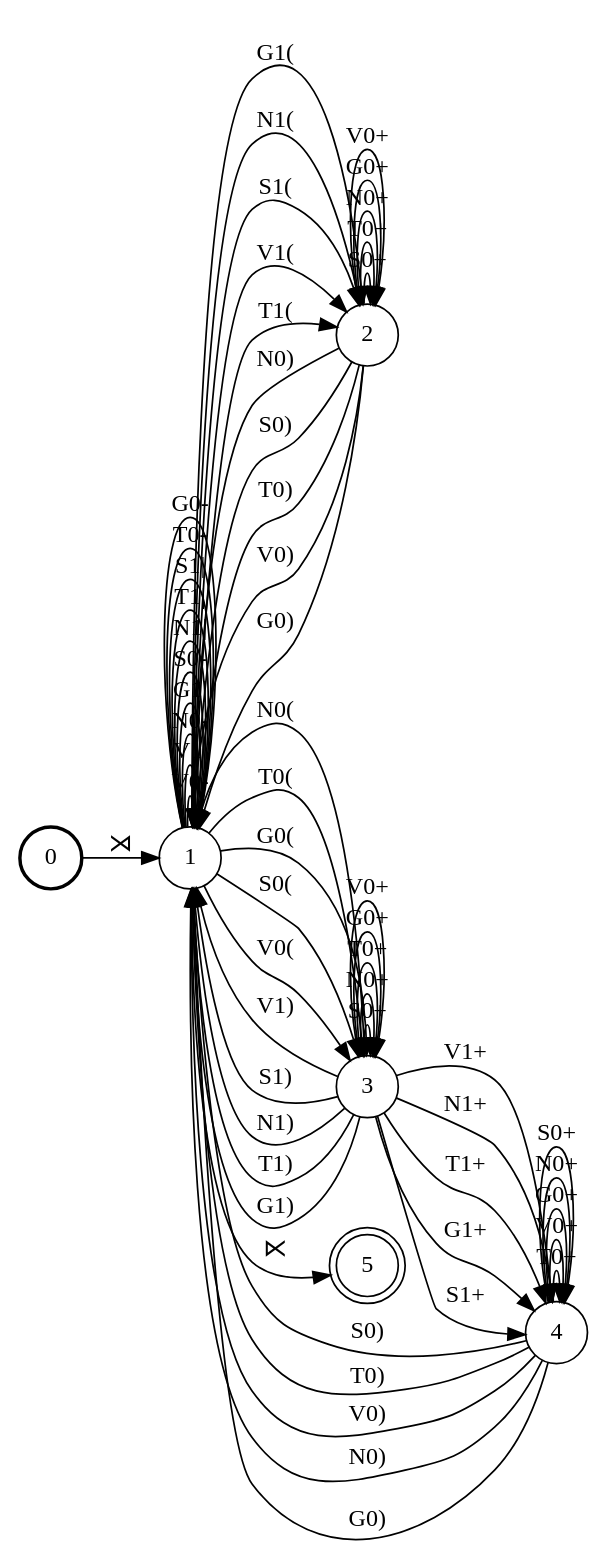
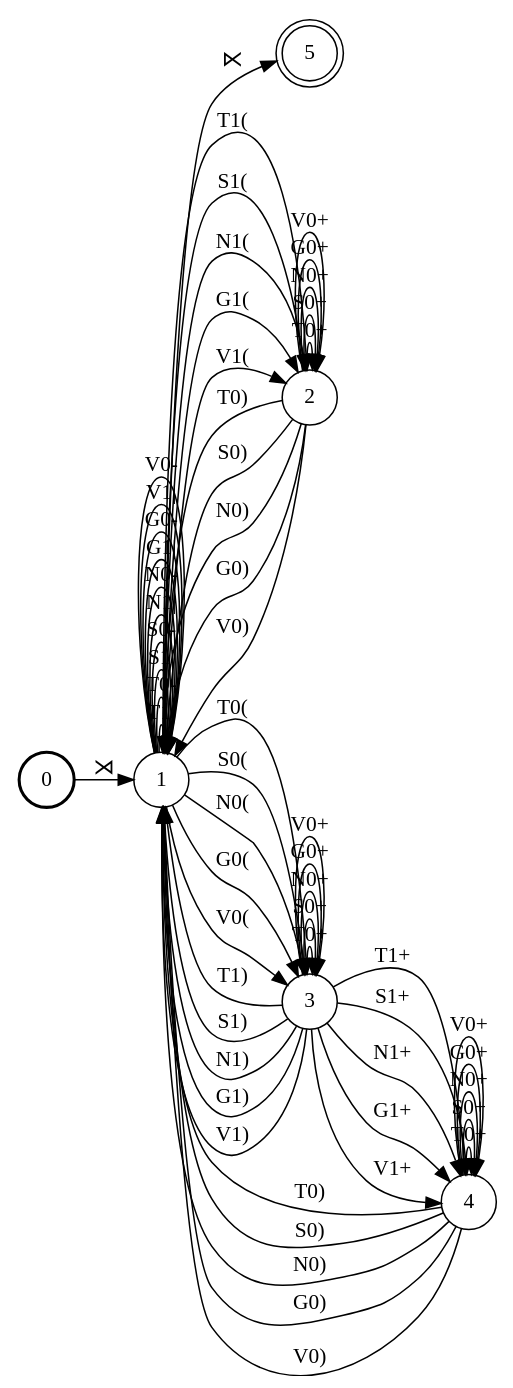
The diagram in demo/nasal_spreading/Span_nasal.dot (colincwilson/statgram), drawn with Graphviz before and after one commit. The commit also changed 8 other files, not shown here.

```diff
--- a/demo/nasal_spreading/Span_nasal.dot
+++ b/demo/nasal_spreading/Span_nasal.dot
@@ -1,66 +1,71 @@
-digraph G {
-rankdir=LR;
-0 [style=bold, shape=circle, label="0"]
-1 [style=solid, shape=circle, label="1"]
-2 [style=solid, shape=circle, label="2"]
-3 [style=solid, shape=circle, label="3"]
-4 [style=solid, shape=circle, label="4"]
-5 [style=solid, shape=doublecircle, label="5"]
-3 -> 3 [style=solid, label="S0+"]
-2 -> 1 [style=solid, label="N0)"]
-2 -> 2 [style=solid, label="S0+"]
-4 -> 4 [style=solid, label="T0+"]
-3 -> 3 [style=solid, label="N0+"]
-4 -> 1 [style=solid, label="S0)"]
-3 -> 3 [style=solid, label="T0+"]
-2 -> 1 [style=solid, label="S0)"]
-1 -> 3 [style=solid, label="N0("]
-2 -> 2 [style=solid, label="T0+"]
-2 -> 1 [style=solid, label="T0)"]
-1 -> 3 [style=solid, label="T0("]
-3 -> 1 [style=solid, label="V1)"]
-1 -> 1 [style=solid, label="V0-"]
-1 -> 1 [style=solid, label="V1|"]
-3 -> 1 [style=solid, label="S1)"]
-3 -> 4 [style=solid, label="V1+"]
-1 -> 1 [style=solid, label="N0-"]
-2 -> 2 [style=solid, label="N0+"]
-1 -> 1 [style=solid, label="G1|"]
-3 -> 4 [style=solid, label="N1+"]
-4 -> 1 [style=solid, label="T0)"]
-1 -> 3 [style=solid, label="G0("]
-3 -> 4 [style=solid, label="T1+"]
-1 -> 3 [style=solid, label="S0("]
-1 -> 2 [style=solid, label="G1("]
-1 -> 2 [style=solid, label="N1("]
-3 -> 1 [style=solid, label="N1)"]
-4 -> 1 [style=solid, label="V0)"]
-4 -> 4 [style=solid, label="V0+"]
-2 -> 1 [style=solid, label="V0)"]
-2 -> 2 [style=solid, label="G0+"]
-4 -> 1 [style=solid, label="N0)"]
-3 -> 1 [style=solid, label="T1)"]
-1 -> 3 [style=solid, label="V0("]
-1 -> 1 [style=solid, label="S0-"]
-1 -> 1 [style=solid, label="N1|"]
-4 -> 4 [style=solid, label="G0+"]
-4 -> 1 [style=solid, label="G0)"]
-3 -> 3 [style=solid, label="G0+"]
-2 -> 1 [style=solid, label="G0)"]
-1 -> 1 [style=solid, label="T1|"]
-1 -> 2 [style=solid, label="S1("]
-3 -> 3 [style=solid, label="V0+"]
-1 -> 5 [style=solid, label="⋉"]
-1 -> 1 [style=solid, label="S1|"]
-3 -> 4 [style=solid, label="G1+"]
-0 -> 1 [style=solid, label="⋊"]
-1 -> 2 [style=solid, label="V1("]
-4 -> 4 [style=solid, label="N0+"]
-3 -> 4 [style=solid, label="S1+"]
-1 -> 1 [style=solid, label="T0-"]
-1 -> 2 [style=solid, label="T1("]
-3 -> 1 [style=solid, label="G1)"]
-1 -> 1 [style=solid, label="G0-"]
-2 -> 2 [style=solid, label="V0+"]
-4 -> 4 [style=solid, label="S0+"]
+digraph FST {
+rankdir = LR;
+size = "8.5,11";
+center = 1;
+orientation = Portrait;
+ranksep = "0.4";
+nodesep = "0.25";
+0 [label = "0", shape = circle, style = bold, fontsize = 14]
+	0 -> 1 [label = "⋊", fontsize = 14];
+1 [label = "1", shape = circle, style = solid, fontsize = 14]
+	1 -> 5 [label = "⋉", fontsize = 14];
+	1 -> 2 [label = "T1(", fontsize = 14];
+	1 -> 1 [label = "T1|", fontsize = 14];
+	1 -> 3 [label = "T0(", fontsize = 14];
+	1 -> 1 [label = "T0-", fontsize = 14];
+	1 -> 2 [label = "S1(", fontsize = 14];
+	1 -> 1 [label = "S1|", fontsize = 14];
+	1 -> 3 [label = "S0(", fontsize = 14];
+	1 -> 1 [label = "S0-", fontsize = 14];
+	1 -> 2 [label = "N1(", fontsize = 14];
+	1 -> 1 [label = "N1|", fontsize = 14];
+	1 -> 3 [label = "N0(", fontsize = 14];
+	1 -> 1 [label = "N0-", fontsize = 14];
+	1 -> 2 [label = "G1(", fontsize = 14];
+	1 -> 1 [label = "G1|", fontsize = 14];
+	1 -> 3 [label = "G0(", fontsize = 14];
+	1 -> 1 [label = "G0-", fontsize = 14];
+	1 -> 2 [label = "V1(", fontsize = 14];
+	1 -> 1 [label = "V1|", fontsize = 14];
+	1 -> 3 [label = "V0(", fontsize = 14];
+	1 -> 1 [label = "V0-", fontsize = 14];
+2 [label = "2", shape = circle, style = solid, fontsize = 14]
+	2 -> 2 [label = "T0+", fontsize = 14];
+	2 -> 1 [label = "T0)", fontsize = 14];
+	2 -> 2 [label = "S0+", fontsize = 14];
+	2 -> 1 [label = "S0)", fontsize = 14];
+	2 -> 2 [label = "N0+", fontsize = 14];
+	2 -> 1 [label = "N0)", fontsize = 14];
+	2 -> 2 [label = "G0+", fontsize = 14];
+	2 -> 1 [label = "G0)", fontsize = 14];
+	2 -> 2 [label = "V0+", fontsize = 14];
+	2 -> 1 [label = "V0)", fontsize = 14];
+3 [label = "3", shape = circle, style = solid, fontsize = 14]
+	3 -> 4 [label = "T1+", fontsize = 14];
+	3 -> 1 [label = "T1)", fontsize = 14];
+	3 -> 3 [label = "T0+", fontsize = 14];
+	3 -> 4 [label = "S1+", fontsize = 14];
+	3 -> 1 [label = "S1)", fontsize = 14];
+	3 -> 3 [label = "S0+", fontsize = 14];
+	3 -> 4 [label = "N1+", fontsize = 14];
+	3 -> 1 [label = "N1)", fontsize = 14];
+	3 -> 3 [label = "N0+", fontsize = 14];
+	3 -> 4 [label = "G1+", fontsize = 14];
+	3 -> 1 [label = "G1)", fontsize = 14];
+	3 -> 3 [label = "G0+", fontsize = 14];
+	3 -> 4 [label = "V1+", fontsize = 14];
+	3 -> 1 [label = "V1)", fontsize = 14];
+	3 -> 3 [label = "V0+", fontsize = 14];
+4 [label = "4", shape = circle, style = solid, fontsize = 14]
+	4 -> 4 [label = "T0+", fontsize = 14];
+	4 -> 1 [label = "T0)", fontsize = 14];
+	4 -> 4 [label = "S0+", fontsize = 14];
+	4 -> 1 [label = "S0)", fontsize = 14];
+	4 -> 4 [label = "N0+", fontsize = 14];
+	4 -> 1 [label = "N0)", fontsize = 14];
+	4 -> 4 [label = "G0+", fontsize = 14];
+	4 -> 1 [label = "G0)", fontsize = 14];
+	4 -> 4 [label = "V0+", fontsize = 14];
+	4 -> 1 [label = "V0)", fontsize = 14];
+5 [label = "5", shape = doublecircle, style = solid, fontsize = 14]
 }
```
